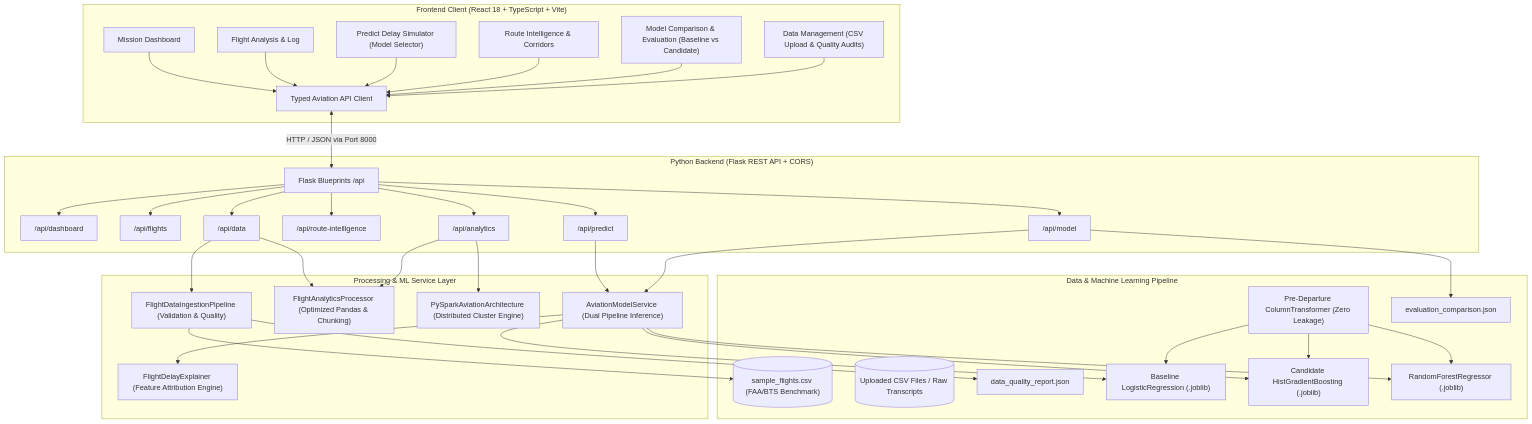
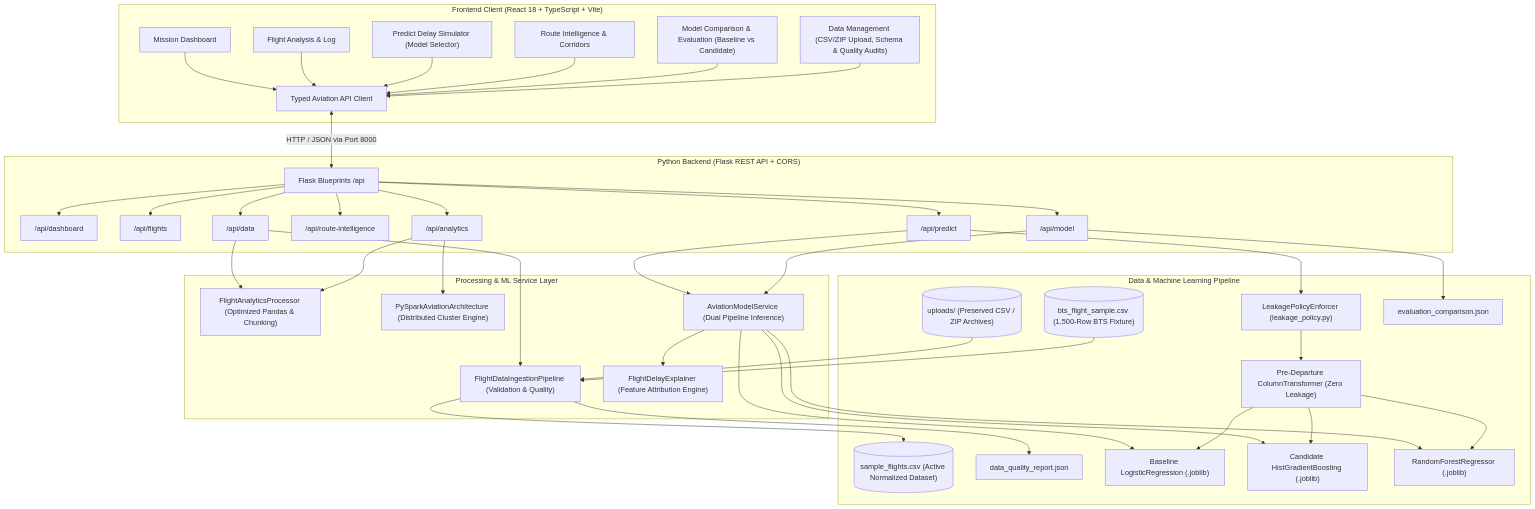
One commit to gemachistesfaye/AeroIntel-AI changed the diagram in docs/ARCHITECTURE.md. Above: the diagram before and after it, drawn with Mermaid. The commit also changed other lines of this file and 31 other files, not shown here.

```diff
--- a/docs/ARCHITECTURE.md
+++ b/docs/ARCHITECTURE.md
@@ -8,7 +8,7 @@
         UI_Predict["Predict Delay Simulator (Model Selector)"]
         UI_Route["Route Intelligence & Corridors"]
         UI_Model["Model Comparison & Evaluation (Baseline vs Candidate)"]
-        UI_Data["Data Management (CSV Upload & Quality Audits)"]
+        UI_Data["Data Management (CSV/ZIP Upload, Schema & Quality Audits)"]
         API_Client["Typed Aviation API Client"]
         
         UI_Dash --> API_Client
@@ -47,9 +47,11 @@
     end
 
     subgraph DataML["Data & Machine Learning Pipeline"]
-        Dataset[("sample_flights.csv (FAA/BTS Benchmark)")]
-        Uploads[("Uploaded CSV Files / Raw Transcripts")]
+        Fixture[("bts_flight_sample.csv (1,500-Row BTS Fixture)")]
+        Dataset[("sample_flights.csv (Active Normalized Dataset)")]
+        Uploads[("uploads/ (Preserved CSV / ZIP Archives)")]
         QualityReport["data_quality_report.json"]
+        LeakagePolicy["LeakagePolicyEnforcer (leakage_policy.py)"]
         Preprocessor["Pre-Departure ColumnTransformer (Zero Leakage)"]
         BaselineClf["Baseline LogisticRegression (.joblib)"]
         CandidateClf["Candidate HistGradientBoosting (.joblib)"]
@@ -60,6 +62,8 @@
     API_Client <-->|HTTP / JSON via Port 8000| Router
     
     DataBP --> IngestionPipeline
+    Uploads --> IngestionPipeline
+    Fixture --> IngestionPipeline
     IngestionPipeline --> Dataset
     IngestionPipeline --> QualityReport
     DataBP --> BigDataProcessor
@@ -67,6 +71,7 @@
     AnalyticsBP --> BigDataProcessor
     AnalyticsBP --> SparkArchitecture
     
+    PredictBP --> LeakagePolicy
     PredictBP --> ModelService
     ModelService --> Explainer
     ModelService --> BaselineClf
@@ -76,6 +81,7 @@
     ModelBP --> ModelService
     ModelBP --> ComparisonReport
 
+    LeakagePolicy --> Preprocessor
     Preprocessor --> BaselineClf
     Preprocessor --> CandidateClf
     Preprocessor --> DurationReg
```
